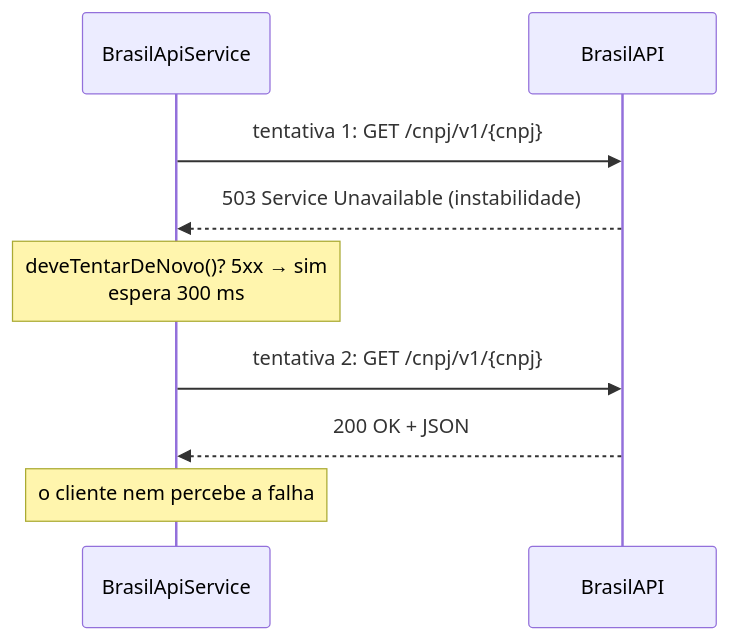
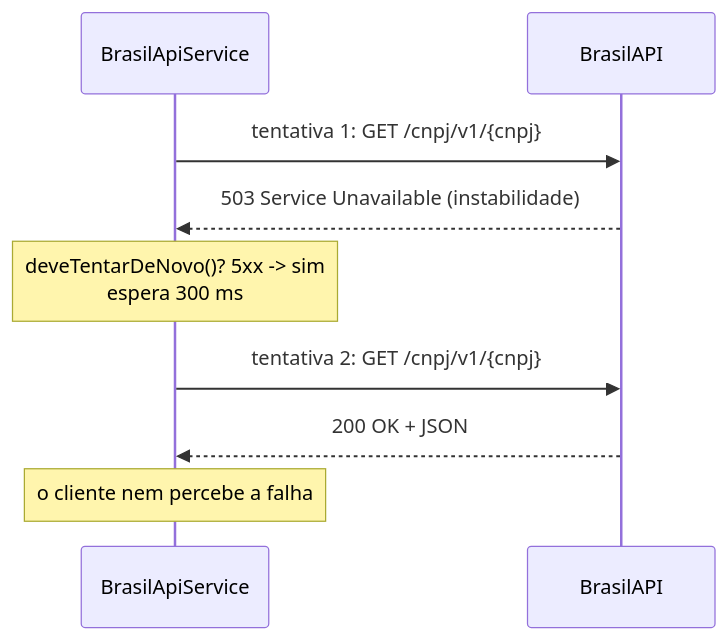
The second of 3 diagrams in docs/TAREFA-3.md (GustavoCamerino/cnpj-api), drawn with Mermaid before and after one commit. The commit also changed other lines of this file and 21 other files, not shown here.

````diff
--- a/docs/TAREFA-3.md
+++ b/docs/TAREFA-3.md
@@ -73,12 +73,12 @@
 ```mermaid
 sequenceDiagram
     participant SV as BrasilApiService
     participant EXT as BrasilAPI
 
     SV->>EXT: tentativa 1: GET /cnpj/v1/{cnpj}
     EXT-->>SV: 503 Service Unavailable (instabilidade)
-    Note over SV: deveTentarDeNovo()? 5xx → sim<br/>espera 300 ms
+    Note over SV: deveTentarDeNovo()? 5xx -> sim<br/>espera 300 ms
     SV->>EXT: tentativa 2: GET /cnpj/v1/{cnpj}
     EXT-->>SV: 200 OK + JSON
     Note over SV: o cliente nem percebe a falha
 ```
````
